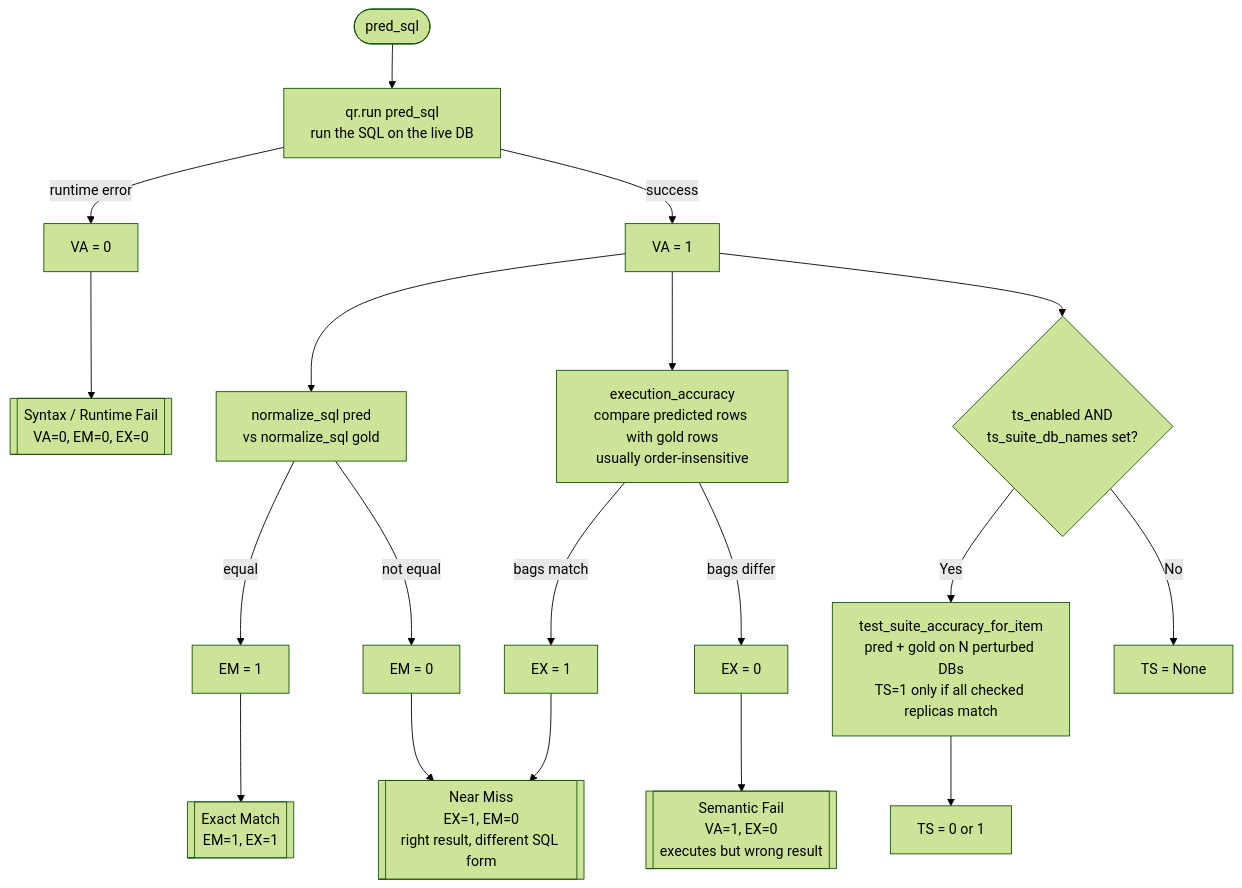
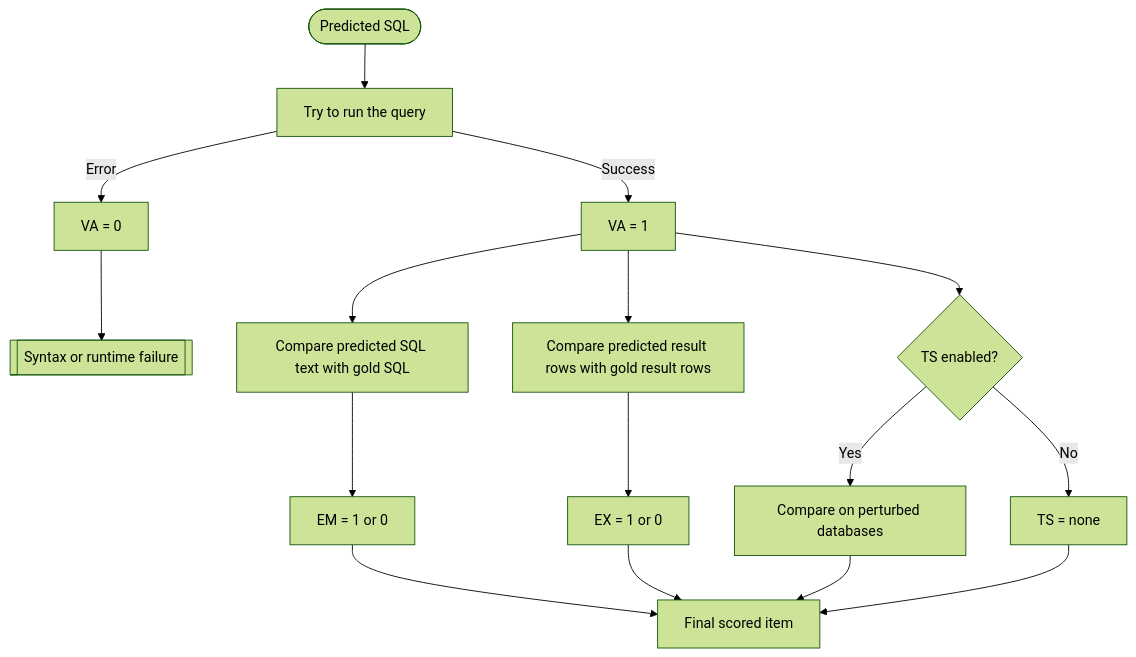
Before and after one commit to MacKenzieOBrian/NLtoSQL: the fifth of 6 diagrams in diagrams.md, drawn with Mermaid (forest theme). The commit also changed other lines of this file and 4 other files, not shown here.

````diff
--- a/diagrams.md
+++ b/diagrams.md
@@ -262,26 +169,23 @@
 ```mermaid
 flowchart TD
-    SQL([pred_sql]) --> RUN[qr.run pred_sql\nrun the SQL on the live DB]
+    SQL([Predicted SQL]) --> RUN[Try to run the query]
 
-    RUN -- runtime error --> VA0[VA = 0]
-    VA0 --> FAIL1[[Syntax / Runtime Fail\nVA=0, EM=0, EX=0]]
+    RUN -- Error --> VA0[VA = 0]
+    VA0 --> FAIL[[Syntax or runtime failure]]
 
-    RUN -- success --> VA1[VA = 1]
+    RUN -- Success --> VA1[VA = 1]
+    VA1 --> EM[Compare predicted SQL text with gold SQL]
+    VA1 --> EX[Compare predicted result rows with gold result rows]
 
-    VA1 --> NRM[normalize_sql pred\nvs normalize_sql gold]
-    NRM -- equal --> EM1[EM = 1]
-    NRM -- not equal --> EM0[EM = 0]
+    EM --> EM1[EM = 1 or 0]
+    EX --> EX1[EX = 1 or 0]
 
-    VA1 --> EXC[execution_accuracy\ncompare predicted rows with gold rows\nusually order-insensitive]
-    EXC -- bags match --> EX1[EX = 1]
-    EXC -- bags differ --> EX0[EX = 0]
+    VA1 --> TS{TS enabled?}
+    TS -- Yes --> TSRUN[Compare on perturbed databases]
+    TS -- No --> TSNONE[TS = none]
 
-    EM1 --> EXACT[[Exact Match\nEM=1, EX=1]]
-    EX1 & EM0 --> NEAR[[Near Miss\nEX=1, EM=0\nright result, different SQL form]]
-    EX0 --> SEMFAIL[[Semantic Fail\nVA=1, EX=0\nexecutes but wrong result]]
-
-    VA1 --> TSCOND{ts_enabled AND\nts_suite_db_names set?}
-    TSCOND -- Yes --> TSRUN[test_suite_accuracy_for_item\npred + gold on N perturbed DBs\nTS=1 only if all checked replicas match]
-    TSCOND -- No --> TSNONE[TS = None]
-    TSRUN --> TSVAL[TS = 0 or 1]
+    EM1 --> OUTCOME[Final scored item]
+    EX1 --> OUTCOME
+    TSRUN --> OUTCOME
+    TSNONE --> OUTCOME
 ```
````
